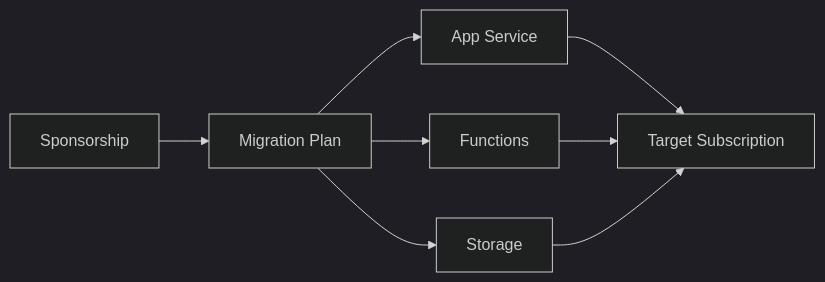
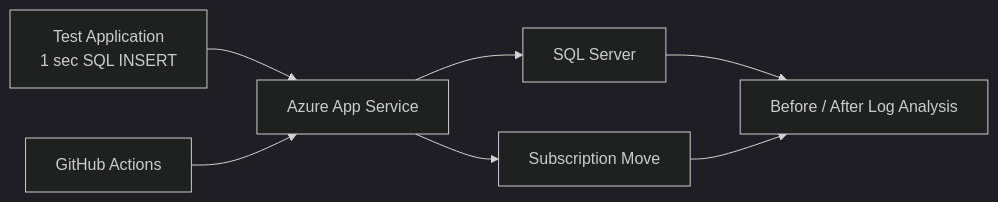
One commit to min-ser/min-ser.github.io changed the third of 3 diagrams in content/03_PROJECTS/2024-gadget-korea-subscription-migration.md. Above: the diagram before and after it, drawn with Mermaid (dark theme). The commit also changed other lines of this file and 7 other files, not shown here.

````diff
--- a/content/03_PROJECTS/2024-gadget-korea-subscription-migration.md
+++ b/content/03_PROJECTS/2024-gadget-korea-subscription-migration.md
@@ -16,10 +66,9 @@
 ```mermaid
 flowchart LR
- OLD[Sponsorship] --> PLAN[Migration Plan]
- PLAN --> APP[App Service]
- PLAN --> FUNC[Functions]
- PLAN --> ST[Storage]
- APP --> NEW[Target Subscription]
- FUNC --> NEW
- ST --> NEW
+ CODE[Test Application\n1 sec SQL INSERT] --> APP[Azure App Service]
+ APP --> SQL[SQL Server]
+ GH[GitHub Actions] --> APP
+ APP --> MOVE[Subscription Move]
+ SQL --> LOG[Before / After Log Analysis]
+ MOVE --> LOG
 ```
````
